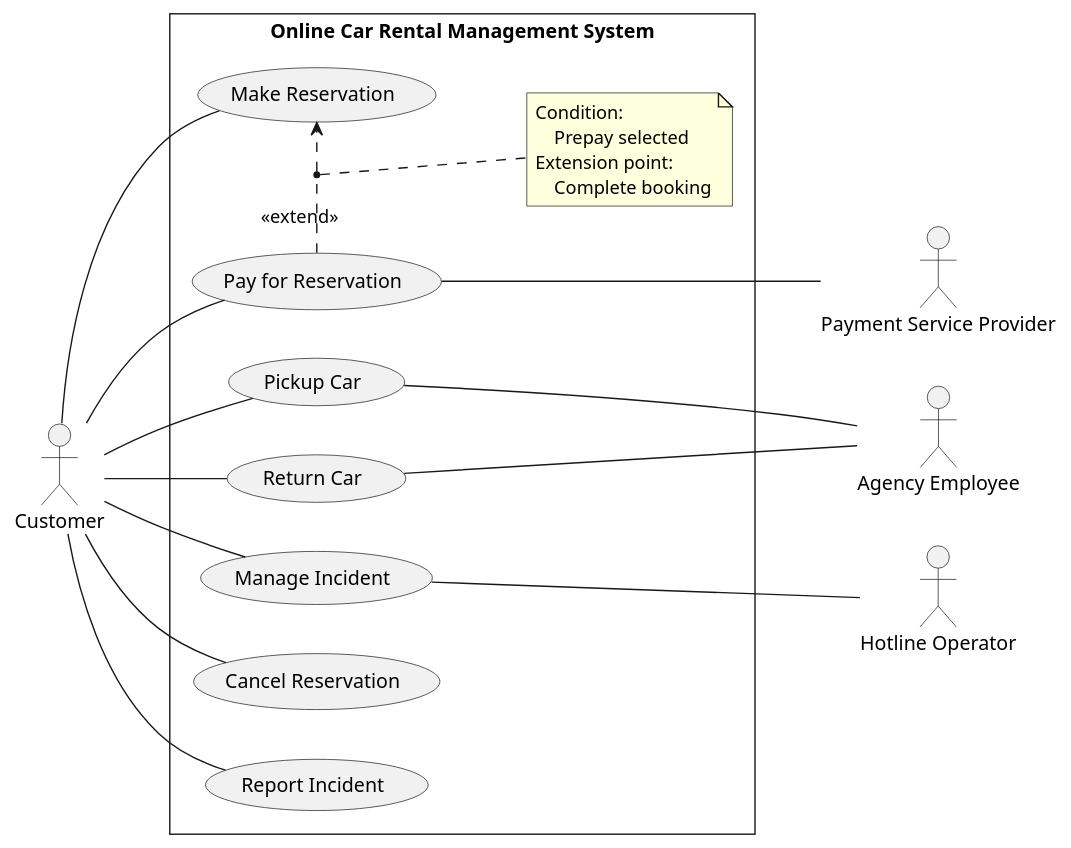
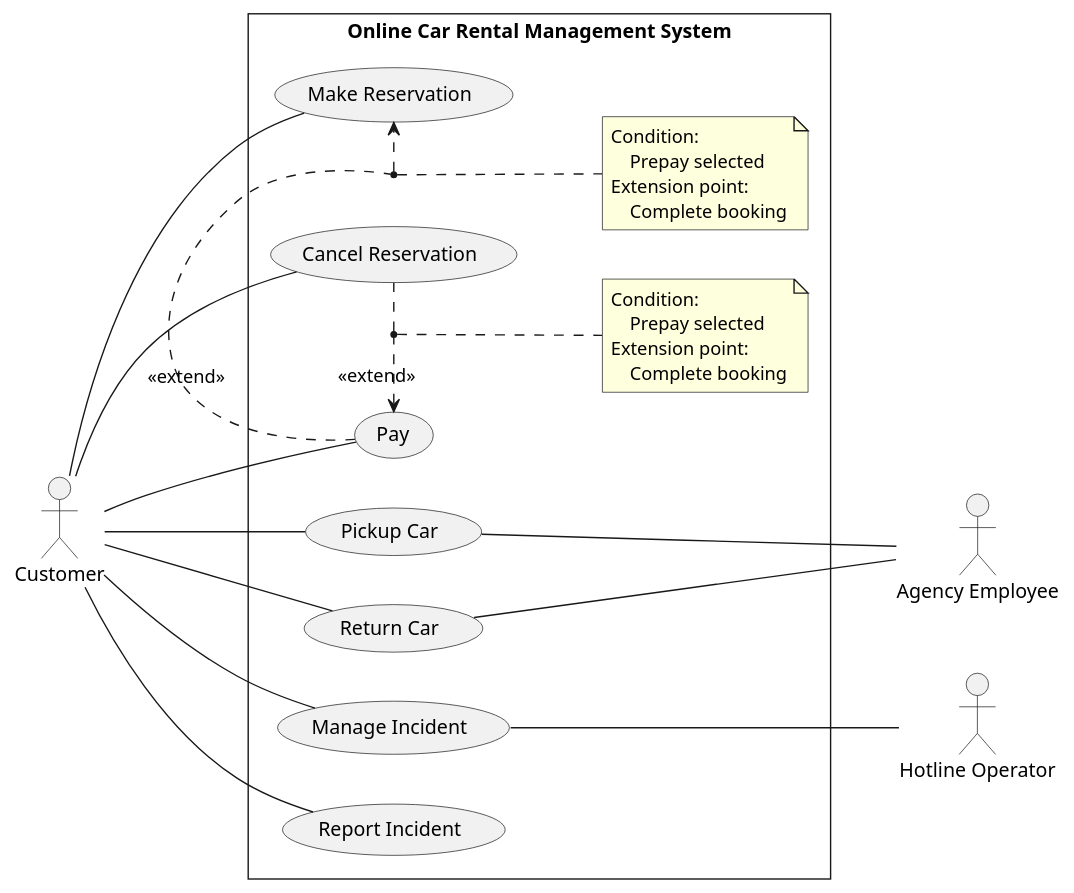
One commit to chill-cats/MIAGE-I2S-Software-Design changed the diagram in digrams/usecase/usecase.pu. Above: the diagram before and after it, drawn with PlantUML. The commit also changed 6 other files, not shown here.

Commit message:
add class diagram, usecase digram and pdf file of the report

```diff
--- a/digrams/usecase/usecase.pu
+++ b/digrams/usecase/usecase.pu
@@ -1,58 +1,67 @@
 @startuml usecase
 allowmixing
 left to right direction
 skinparam style strictuml
 skinparam PackageStyle rectangle
 
 
 actor "Customer" as Customer
 actor "Agency Employee" as AgencyEmployee
 actor "Hotline Operator" as HotlineOperator
-actor "Payment Service Provider" as PaymentServiceProvider
+' actor "Payment Service Provider" as PaymentServiceProvider
 
 rectangle "Online Car Rental Management System" as System {
-    usecase "Pay for Reservation" as Pay
+    usecase "Pay" as Pay
     usecase "Make Reservation" as Reserve
 
     usecase "Pickup Car" as Pickup
     usecase "Return Car" as Return
     usecase "Manage Incident" as ManageIncident
     usecase "Cancel Reservation" as Cancel
     usecase "Report Incident" as ReportIncident
 
 Pay .right.> Reserve : <<extend>>
-note as N
+note as N1
     Condition:
         Prepay selected
     Extension point:
         Complete booking
 end note
 
-(Pay, Reserve) .. N
+(Pay, Reserve) .. N1
+
+Pay .left.> Cancel : <<extend>>
+note as N2
+    Condition:
+        Prepay selected
+    Extension point:
+        Complete booking
+end note
+(Pay, Cancel) ..N2
 }
 
 
 Customer -- Reserve
 
 Customer -- Pay
-Pay --- PaymentServiceProvider
+' Pay --- PaymentServiceProvider
 
 Customer -- Pickup
 
 Customer -- Return
 
 Customer -- ReportIncident
 
 Customer -- Cancel
 
 Customer -- ManageIncident
 ManageIncident --- HotlineOperator
 
 Pickup --- AgencyEmployee
 Return --- AgencyEmployee
 
 
 
 
 
 @enduml
```
